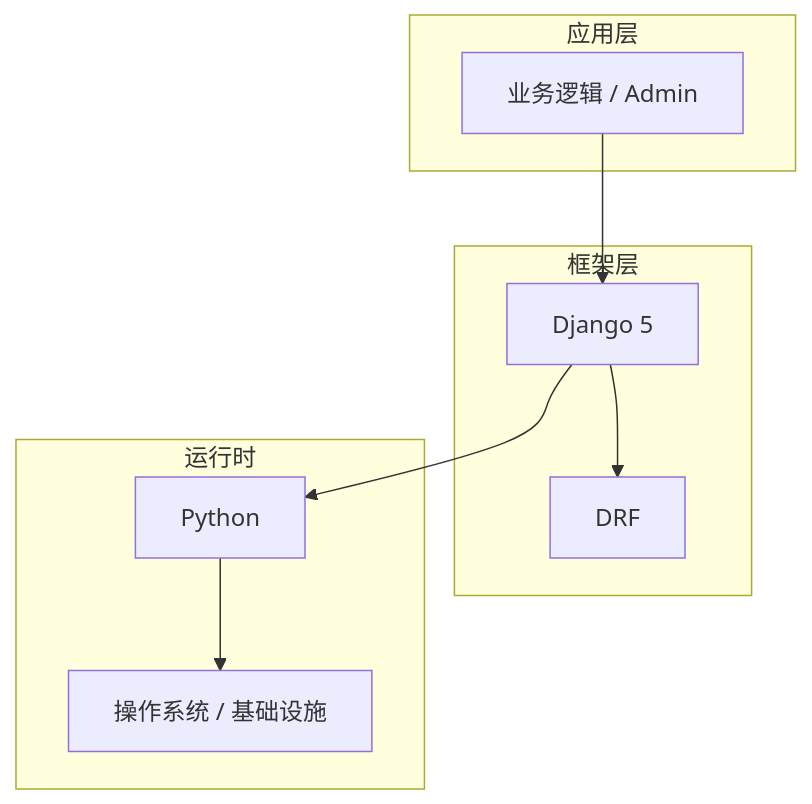
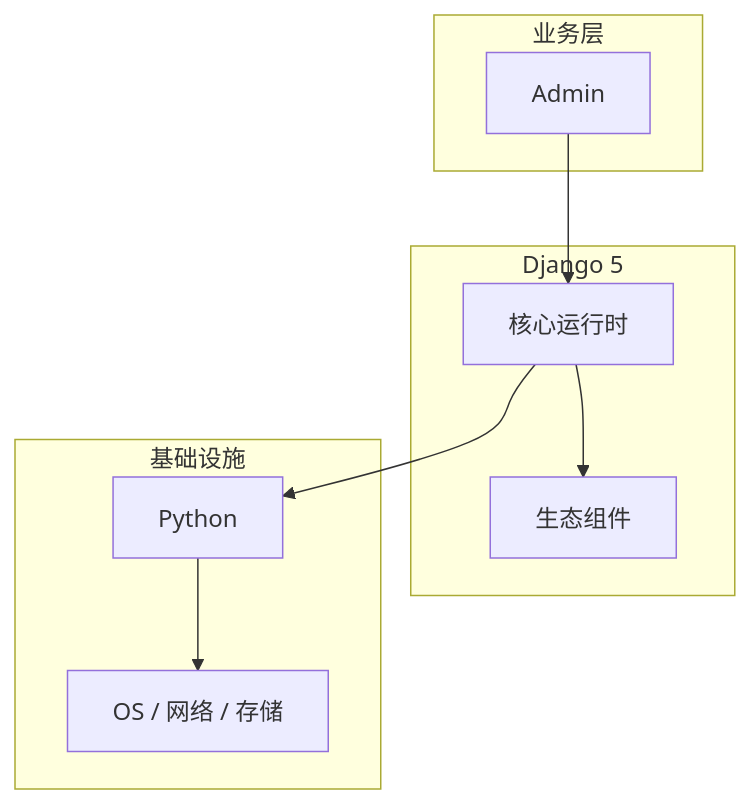
Before and after one commit to yanggan2015/knowledge-json-v2: the diagram in articles/Django/chapters/046-Admin核心概念与原理.md, drawn with Mermaid. The commit also changed other lines of this file and 10127 other files, not shown here.

````diff
--- a/articles/Django/chapters/046-Admin核心概念与原理.md
+++ b/articles/Django/chapters/046-Admin核心概念与原理.md
@@ -45,18 +34,18 @@
 ```mermaid
 graph TB
-    subgraph 应用层
-        A[业务逻辑 / Admin]
+    subgraph 业务层
+        A[Admin]
     end
-    subgraph 框架层
-        B[Django 5]
-        C[DRF]
+    subgraph Django 5
+        B[核心运行时]
+        C[生态组件]
     end
-    subgraph 运行时
+    subgraph 基础设施
         D[Python]
-        E[操作系统 / 基础设施]
+        E[OS / 网络 / 存储]
     end
     A --> B
     B --> C
     B --> D
     D --> E
 ```
````
